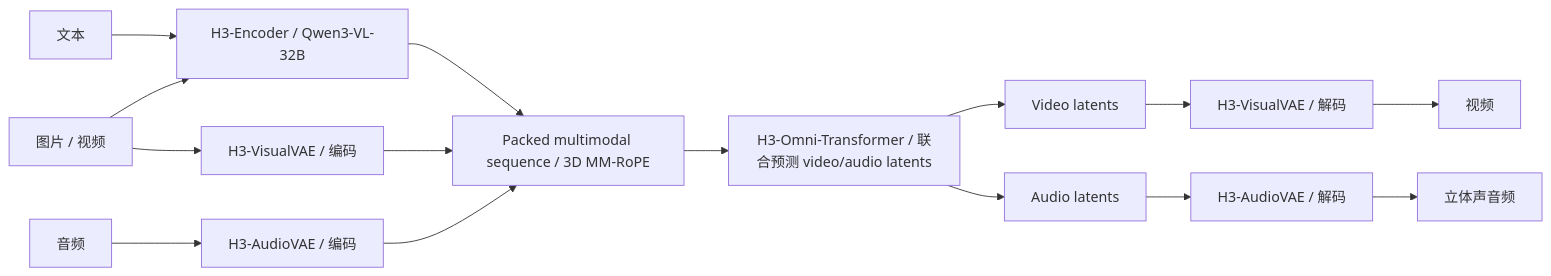
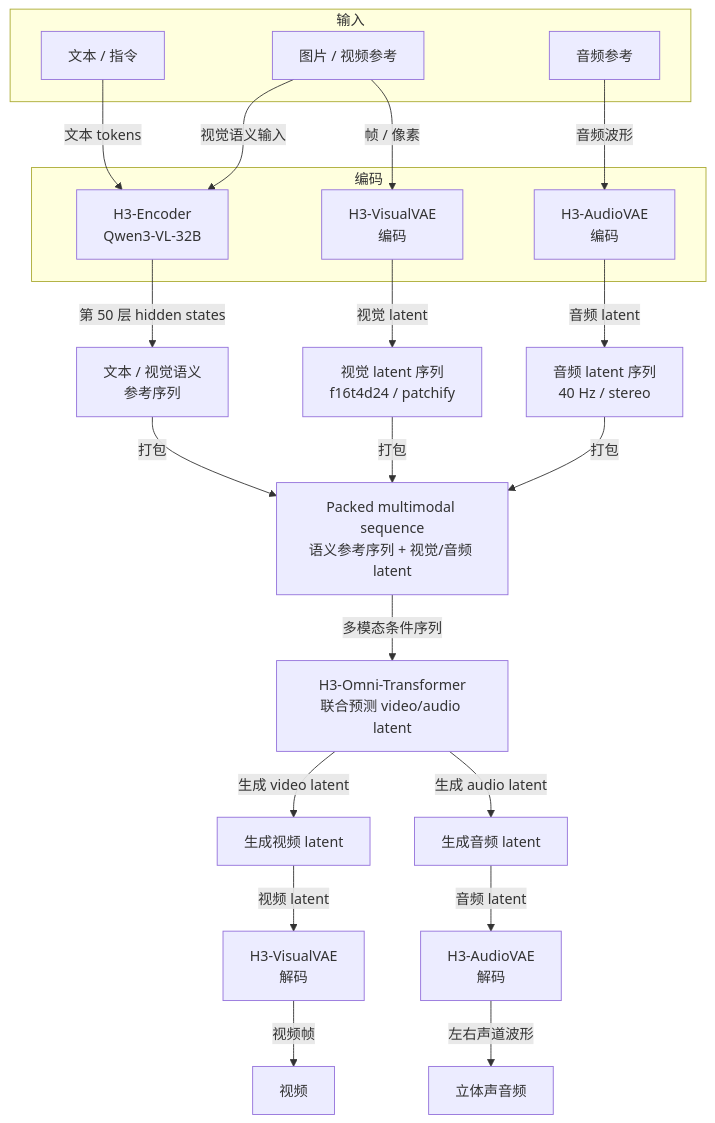
The diagram in 笔记库/预研/MiniMax-H3模型总结.md (yikox/mynote), drawn with Mermaid before and after one commit. The commit also changed other lines of this file, not shown here.

Commit message:
[AI] Update: 笔记库/预研/MiniMax-H3模型总结.md

````diff
--- a/笔记库/预研/MiniMax-H3模型总结.md
+++ b/笔记库/预研/MiniMax-H3模型总结.md
@@ -50,21 +50,37 @@
 ```mermaid
-flowchart LR
-    text["文本"] --> encoder["H3-Encoder / Qwen3-VL-32B"]
-    media["图片 / 视频"] --> encoder
-    media --> visual_encode["H3-VisualVAE / 编码"]
-    audio["音频"] --> audio_encode["H3-AudioVAE / 编码"]
+flowchart TB
+    subgraph INPUT["输入"]
+        text["文本 / 指令"]
+        media["图片 / 视频参考"]
+        audio["音频参考"]
+    end
 
-    encoder --> sequence["Packed multimodal sequence / 3D MM-RoPE"]
-    visual_encode --> sequence
-    audio_encode --> sequence
+    subgraph ENCODE["编码"]
+        encoder["H3-Encoder<br/>Qwen3-VL-32B"]
+        visual_encode["H3-VisualVAE<br/>编码"]
+        audio_encode["H3-AudioVAE<br/>编码"]
+    end
 
-    sequence --> transformer["H3-Omni-Transformer / 联合预测 video/audio latents"]
-    transformer --> video_latents["Video latents"]
-    transformer --> audio_latents["Audio latents"]
+    text -->|文本 tokens| encoder
+    media -->|视觉语义输入| encoder
+    media -->|帧 / 像素| visual_encode
+    audio -->|音频波形| audio_encode
 
-    video_latents --> visual_decode["H3-VisualVAE / 解码"]
-    audio_latents --> audio_decode["H3-AudioVAE / 解码"]
+    encoder -->|第 50 层 hidden states| semantic["文本 / 视觉语义<br/>参考序列"]
+    visual_encode -->|视觉 latent| visual_seq["视觉 latent 序列<br/>f16t4d24 / patchify"]
+    audio_encode -->|音频 latent| audio_seq["音频 latent 序列<br/>40 Hz / stereo"]
 
-    visual_decode --> video["视频"]
-    audio_decode --> stereo["立体声音频"]
+    semantic -->|打包| packed["Packed multimodal sequence<br/>语义参考序列 + 视觉/音频 latent"]
+    visual_seq -->|打包| packed
+    audio_seq -->|打包| packed
+
+    packed -->|多模态条件序列| transformer["H3-Omni-Transformer<br/>联合预测 video/audio latent"]
+    transformer -->|生成 video latent| generated_video["生成视频 latent"]
+    transformer -->|生成 audio latent| generated_audio["生成音频 latent"]
+
+    generated_video -->|视频 latent| visual_decode["H3-VisualVAE<br/>解码"]
+    generated_audio -->|音频 latent| audio_decode["H3-AudioVAE<br/>解码"]
+
+    visual_decode -->|视频帧| video["视频"]
+    audio_decode -->|左右声道波形| stereo["立体声音频"]
 ```
````
